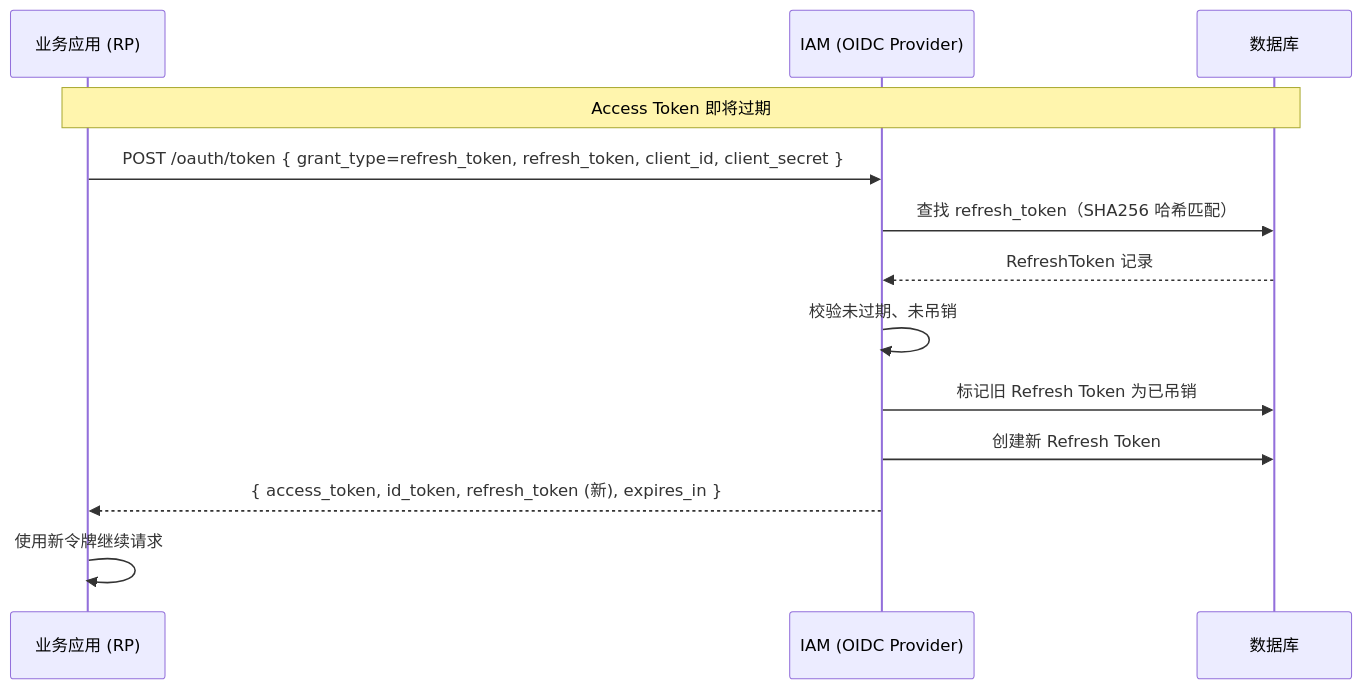
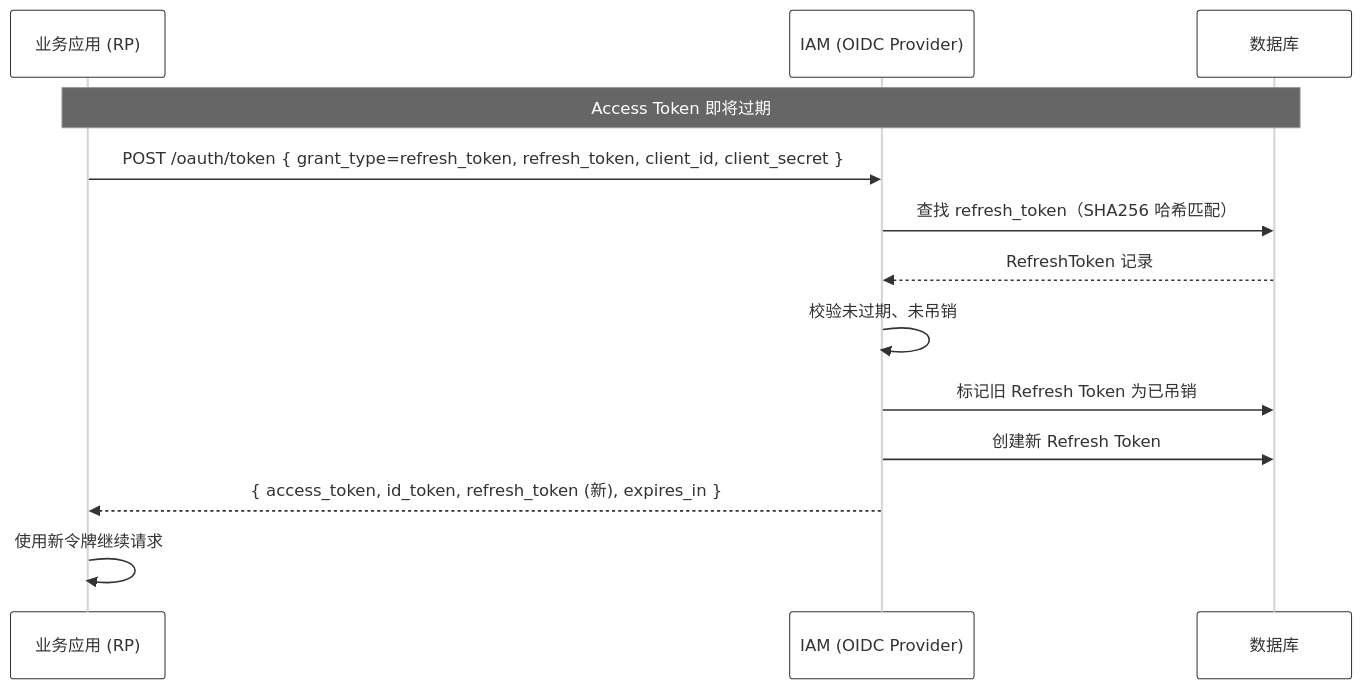
One commit to morehao/ark-iam changed the second of 3 diagrams in docs/oidc-sso-integration.md. Above: the diagram before and after it, drawn with Mermaid. The commit also changed other lines of this file, not shown here.

Commit message:
fix: move mermaid init config inside code blocks

````diff
--- a/docs/oidc-sso-integration.md
+++ b/docs/oidc-sso-integration.md
@@ -252,16 +251,17 @@
 ```mermaid
+%%{init: {'theme': 'neutral', 'themeVariables': {'primaryColor': '#333333', 'tertiaryColor': '#ffffff', 'primaryBorderColor': '#333333', 'lineColor': '#333333', 'secondaryColor': '#f5f5f5', 'actorBkg': '#ffffff', 'actorBorder': '#333333', 'actorTextColor': '#333333', 'noteBkg': '#f5f5f5', 'noteBorder': '#666666', 'activationBkgColor': '#e0e0e0', 'activationBorderColor': '#666666', 'signalColor': '#333333', 'signalTextColor': '#333333', 'labelTextColor': '#333333', 'loopTextColor': '#333333'}}}%%
 sequenceDiagram
     participant RP as 业务应用 (RP)
     participant IAM as IAM (OIDC Provider)
     participant DB as 数据库
 
     Note over RP,DB: Access Token 即将过期
     RP->>IAM: POST /oauth/token { grant_type=refresh_token, refresh_token, client_id, client_secret }
     IAM->>DB: 查找 refresh_token（SHA256 哈希匹配）
     DB-->>IAM: RefreshToken 记录
     IAM->>IAM: 校验未过期、未吊销
     IAM->>DB: 标记旧 Refresh Token 为已吊销
     IAM->>DB: 创建新 Refresh Token
     IAM-->>RP: { access_token, id_token, refresh_token (新), expires_in }
     RP->>RP: 使用新令牌继续请求
 ```
````
